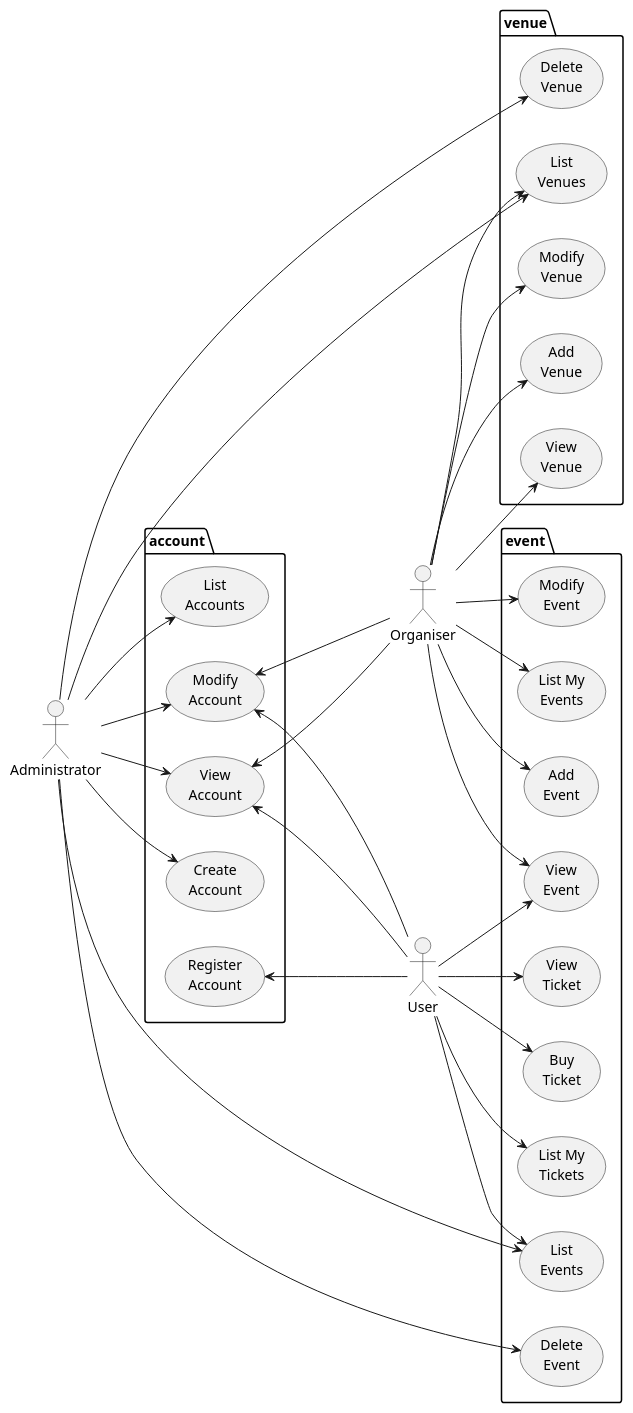
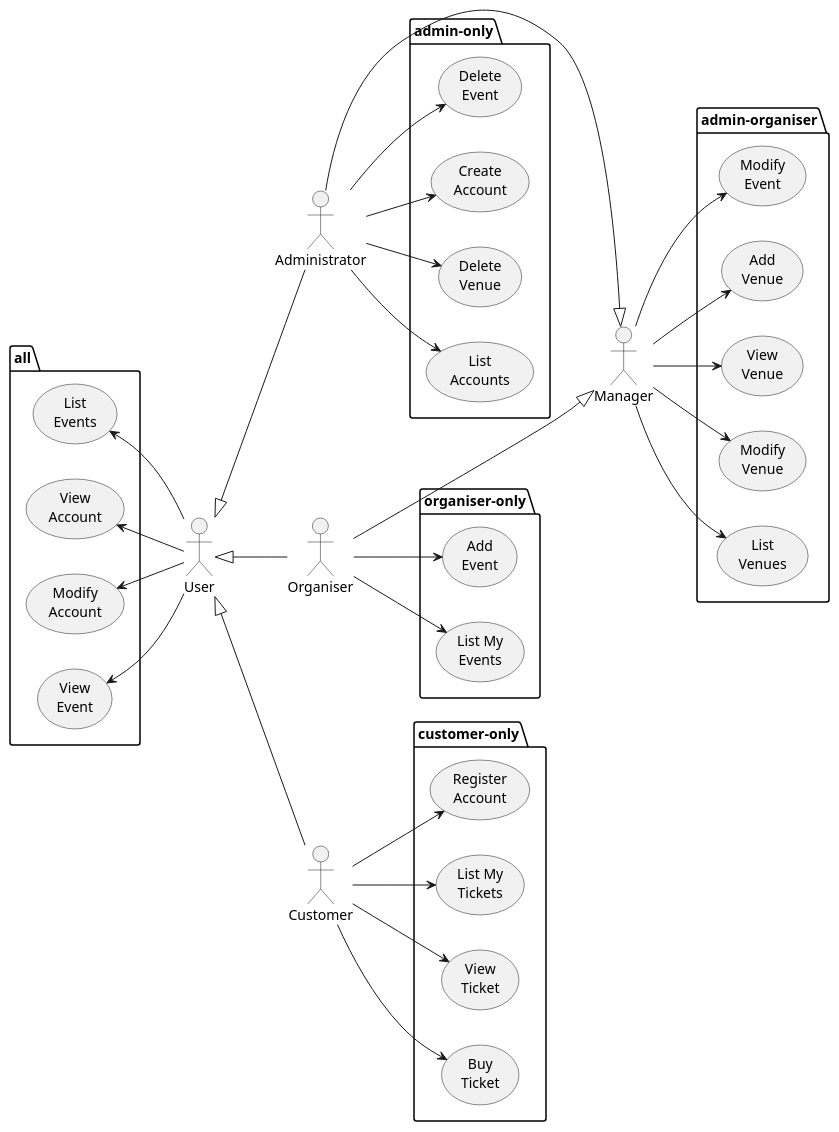
One commit to mrle0429/Event-Management-System changed the first of 3 diagrams in 01-requirements-solution/images/images.plantuml. Above: the diagram before and after it, drawn with PlantUML. The commit also changed 22 other files, not shown here.

```diff
--- a/01-requirements-solution/images/images.plantuml
+++ b/01-requirements-solution/images/images.plantuml
@@ -1,64 +1,73 @@
 @startuml usecase
     left to right direction
-    
+    actor User as u
     actor Administrator as a
     actor Organiser as o
-    actor User as u
+    actor Customer as c
+    actor Manager as m
     
-    package venue {
-        usecase "List\nVenues" as lv
+    
+    package all {
+        usecase "List\nEvents" as le
+        usecase "View\nAccount" as va
+        usecase "Modify\nAccount" as ma
+        usecase "View\nEvent" as ve
+    }
+    ma <-- u
+    va <-- u
+    le <-- u
+    ve <-- u
+
+    u <|-- a
+    u <|-- o
+    u <|-- c
+    a ---|> m
+    o ---|> m
+
+    package admin-only {
+        usecase "Delete\nEvent" as de
+        usecase "Create\nAccount" as ca
+        usecase "Delete\nVenue" as dv
+        usecase "List\nAccounts" as la
+    }
+
+    a --> de
+    a --> ca
+    a --> dv
+    a --> la
+
+    package admin-organiser {
+        usecase "Modify\nEvent" as ee
         usecase "Add\nVenue" as av
         usecase "View\nVenue" as vv
         usecase "Modify\nVenue" as ev
-        usecase "Delete\nVenue" as dv
+        usecase "List\nVenues" as lv
     }
-    package account {
-        usecase "Create\nAccount" as ca
-        usecase "List\nAccounts" as la
-        usecase "View\nAccount" as va
-        usecase "Modify\nAccount" as ma
+    
+    m --> av
+    m --> ee
+    m --> lv
+    m --> vv
+    m --> ev
+
+    package customer-only {
         usecase "Register\nAccount" as ra
-    }
-    package event {
-        usecase "List\nEvents" as le
-        usecase "Add\nEvent" as ae
-        usecase "View\nEvent" as ve
-        usecase "Modify\nEvent" as ee
-        usecase "Delete\nEvent" as de
-        usecase "List My\nEvents" as lme
         usecase "List My\nTickets" as lt
         usecase "View\nTicket" as vt
         usecase "Buy\nTicket" as bt
     }
-    
-    
-    a --> ca
-    a --> la
-    a --> ma
-    a --> va
-    va <--- o
-    ma <--- o
-    va <-- u
-    ma <-- u 
-    ra <-- u
 
-    o --> lv
-    o --> vv
-    o --> av
-    o --> ev
-    a --> dv
-    a --> lv
 
+
+    c --> ra
+    c --> lt
+    c --> vt
+    c --> bt
+    package organiser-only {
+        usecase "Add\nEvent" as ae
+        usecase "List My\nEvents" as lme
+    }
     o --> lme
-    o --> ve
     o --> ae
-    o --> ee
-    a --> de
-    a --> le
 
-    u --> le
-    u --> ve
-    u --> lt
-    u --> vt
-    u --> bt
 @enduml
```
